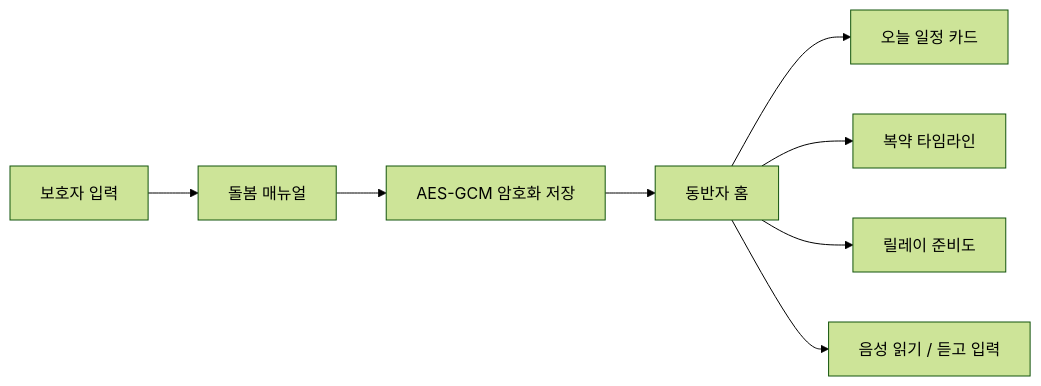
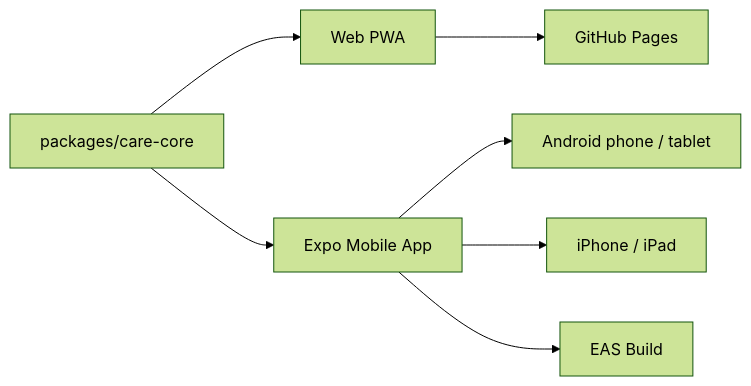
One commit to sinmb79/careguardian-ai changed the first of 2 diagrams in README.md. Above: the diagram before and after it, drawn with Mermaid (forest theme). The commit also changed other lines of this file and 56 other files, not shown here.

Commit message:
feat: add expo mobile delivery foundation

````diff
--- a/README.md
+++ b/README.md
@@ -6,10 +6,9 @@
 ```mermaid
 flowchart LR
-  A["보호자 입력"] --> B["돌봄 매뉴얼"]
-  B --> C["AES-GCM 암호화 저장"]
-  C --> D["동반자 홈"]
-  D --> E["오늘 일정 카드"]
-  D --> F["복약 타임라인"]
-  D --> G["릴레이 준비도"]
-  D --> H["음성 읽기 / 듣고 입력"]
+  Core["packages/care-core"] --> Web["Web PWA"]
+  Core --> Mobile["Expo Mobile App"]
+  Web --> Pages["GitHub Pages"]
+  Mobile --> Android["Android phone / tablet"]
+  Mobile --> IOS["iPhone / iPad"]
+  Mobile --> EAS["EAS Build"]
 ```
````
